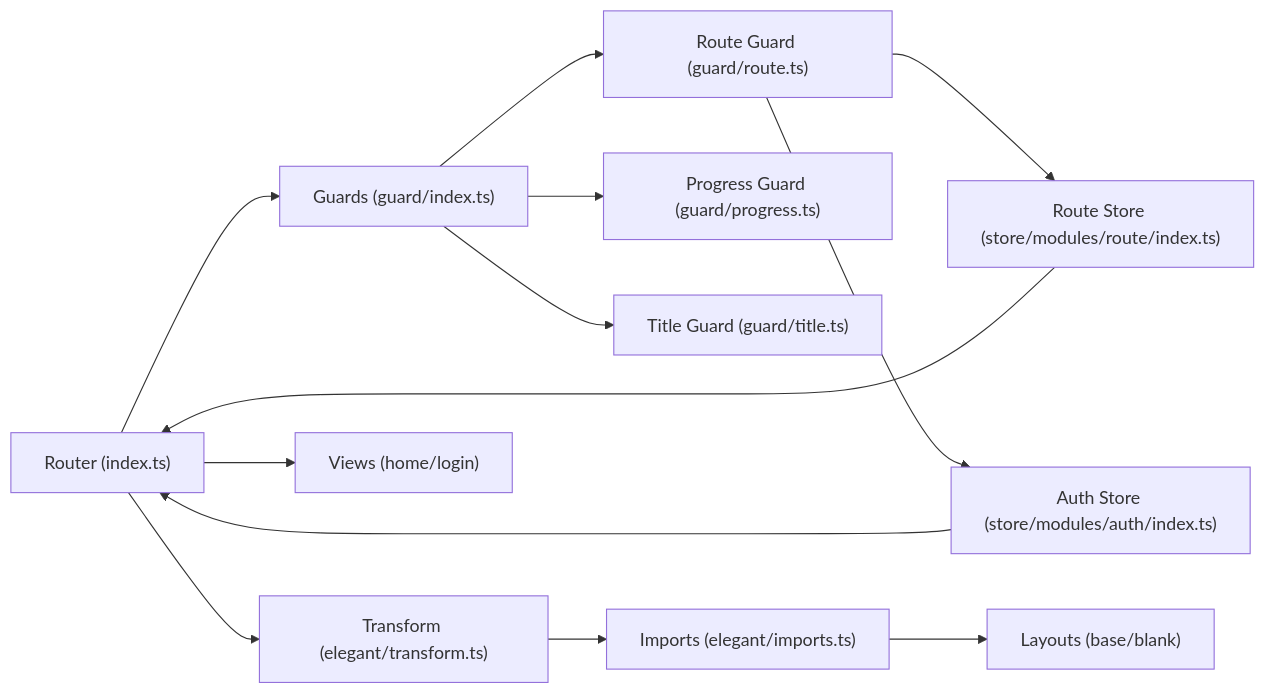
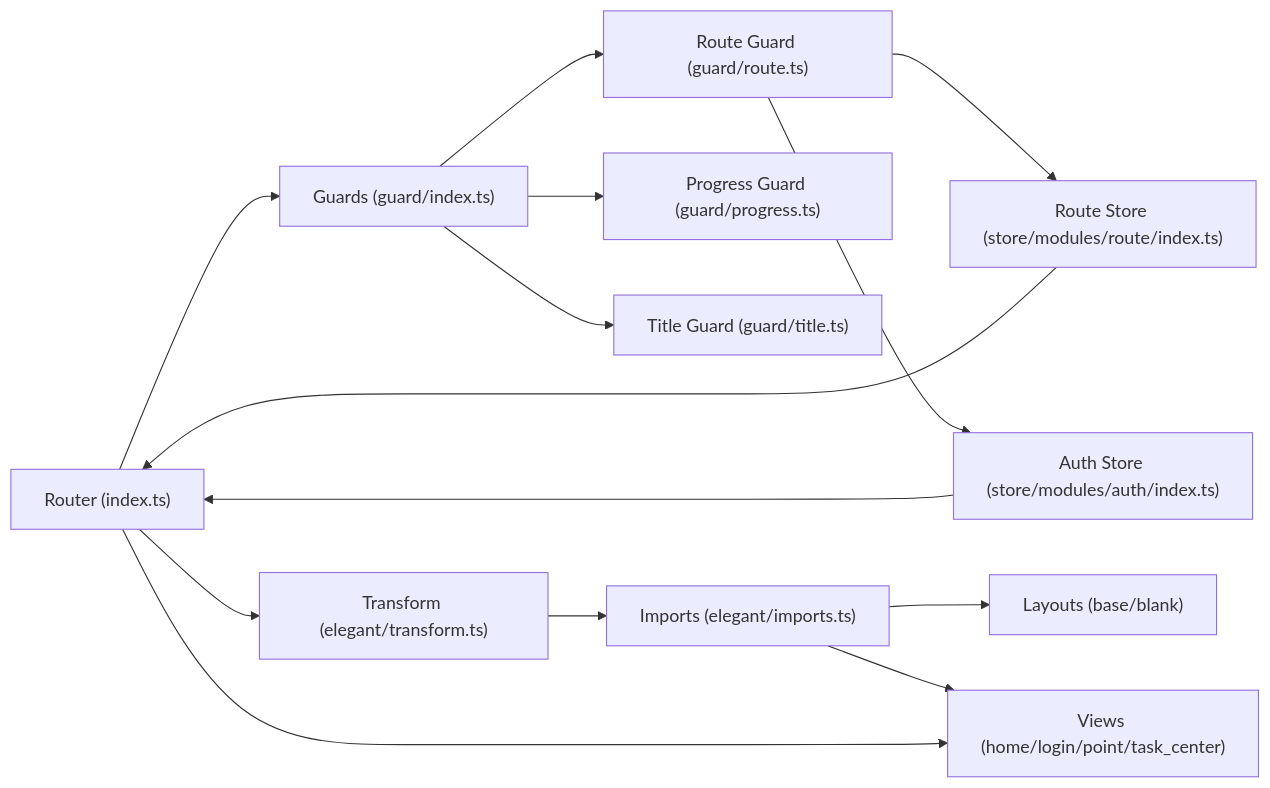
One commit to bo961386926/Survey-App changed the fourth of 4 diagrams in .qoder/repowiki/en/content/Frontend Architecture/Routing & Navigation.md. Above: the diagram before and after it, drawn with Mermaid. The commit also changed other lines of this file and 46 other files, not shown here.

````diff
--- a/.qoder/repowiki/en/content/Frontend Architecture/Routing & Navigation.md
+++ b/.qoder/repowiki/en/content/Frontend Architecture/Routing & Navigation.md
@@ -325,15 +386,16 @@
 ```mermaid
 graph LR
 Router["Router (index.ts)"] --> Guards["Guards (guard/index.ts)"]
 Guards --> GuardRoute["Route Guard (guard/route.ts)"]
 Guards --> GuardProgress["Progress Guard (guard/progress.ts)"]
 Guards --> GuardTitle["Title Guard (guard/title.ts)"]
 GuardRoute --> StoreRoute["Route Store (store/modules/route/index.ts)"]
 GuardRoute --> StoreAuth["Auth Store (store/modules/auth/index.ts)"]
 StoreRoute --> Router
 StoreAuth --> Router
 Router --> ElegantTransform["Transform (elegant/transform.ts)"]
 ElegantTransform --> ElegantImports["Imports (elegant/imports.ts)"]
 ElegantImports --> Layouts["Layouts (base/blank)"]
-Router --> Views["Views (home/login)"]
+ElegantImports --> Views["Views (home/login/point/task_center)"]
+Router --> Views
 ```
````
